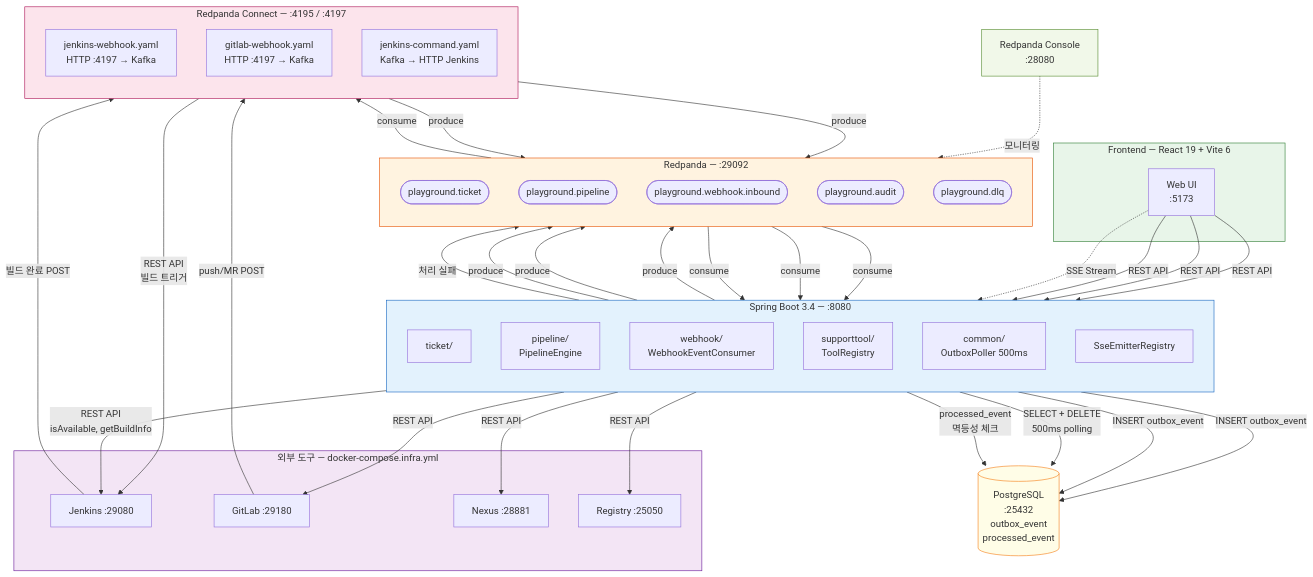
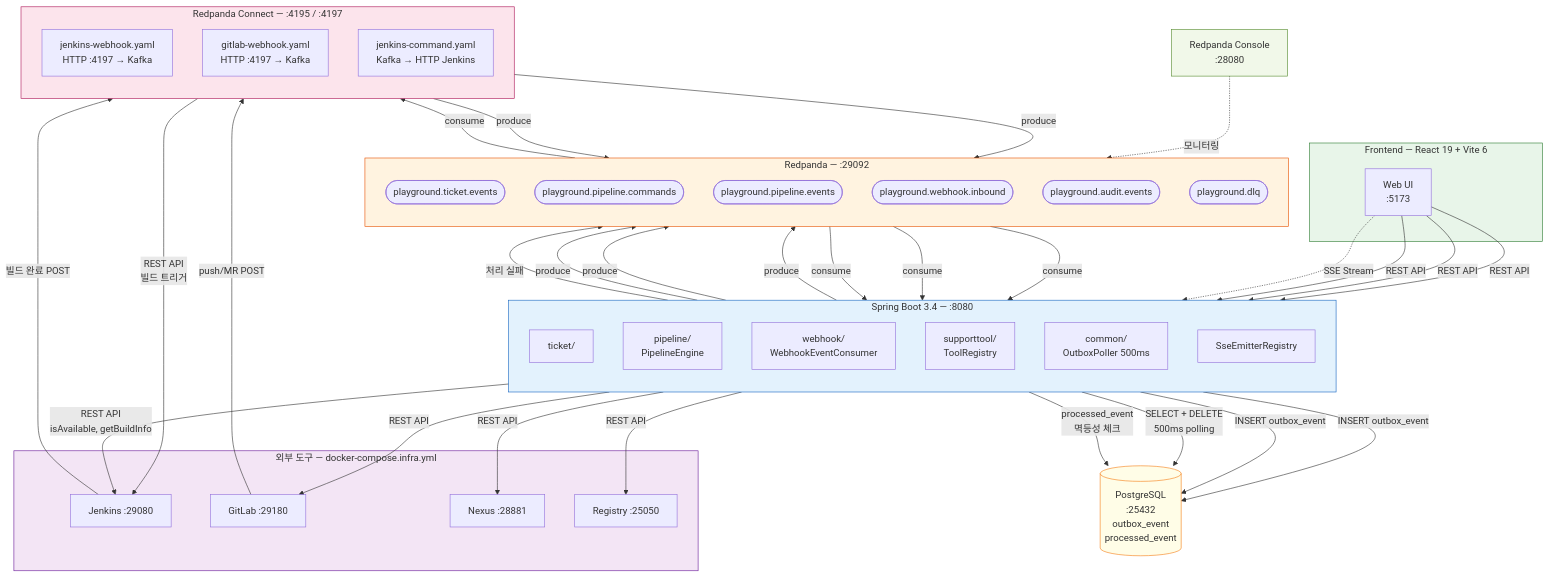
One commit to scofe97/Redpanda-PlayGround changed the diagram in docs/infra/01-project-overview.md. Above: the diagram before and after it, drawn with Mermaid. The commit also changed other lines of this file and 4 other files, not shown here.

```diff
--- a/docs/infra/01-project-overview.md
+++ b/docs/infra/01-project-overview.md
@@ -93,10 +95,11 @@
 
     subgraph Redpanda["Redpanda — :29092"]
         direction TB
-        T_TICKET([playground.ticket])
-        T_PIPELINE([playground.pipeline])
+        T_TICKET([playground.ticket.events])
+        T_PIPELINE_CMD([playground.pipeline.commands])
+        T_PIPELINE_EVT([playground.pipeline.events])
         T_WEBHOOK([playground.webhook.inbound])
-        T_AUDIT([playground.audit])
+        T_AUDIT([playground.audit.events])
         T_DLQ([playground.dlq])
     end
 
@@ -131,12 +134,12 @@
 
     %% Outbox → Redpanda 토픽
     OUTBOX -- "produce" --> T_TICKET
-    OUTBOX -- "produce" --> T_PIPELINE
+    OUTBOX -- "produce" --> T_PIPELINE_CMD
     OUTBOX -- "produce" --> T_AUDIT
 
     %% 토픽 → Spring Consumer
     T_TICKET -- "consume" --> PIPELINE
-    T_PIPELINE -- "consume" --> SSE
+    T_PIPELINE_EVT -- "consume" --> SSE
     T_WEBHOOK -- "consume" --> WEBHOOK
 
     %% Connect: 외부 → Kafka (Event 방향)
@@ -146,7 +149,7 @@
     C_GW -- "produce" --> T_WEBHOOK
 
     %% Connect: Kafka → 외부 (Command 방향)
-    T_PIPELINE -- "consume" --> C_JC
+    T_PIPELINE_CMD -- "consume" --> C_JC
     C_JC -- "REST API<br/>빌드 트리거" --> JENKINS
 
     %% Adapter 직접 호출 (Query)
```
